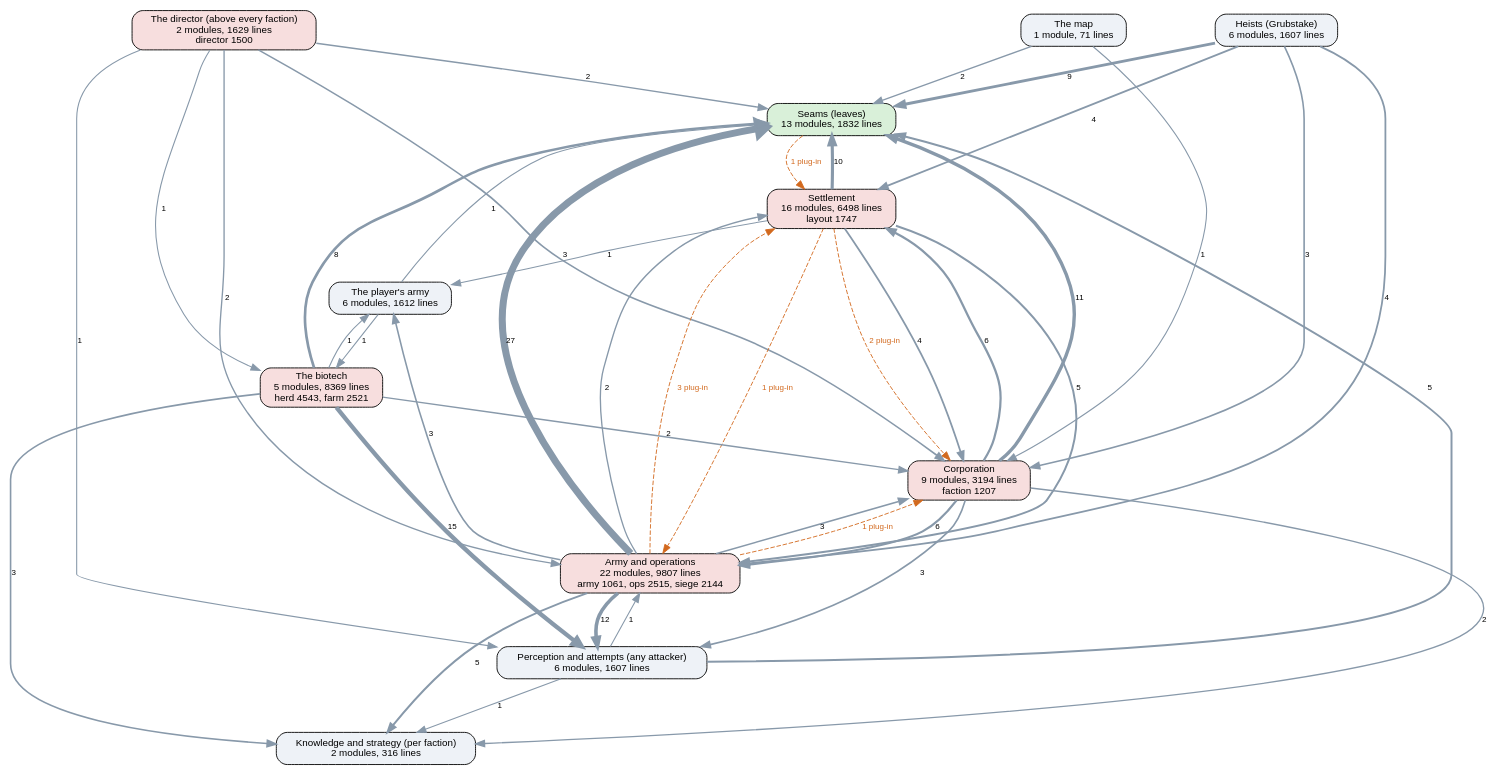
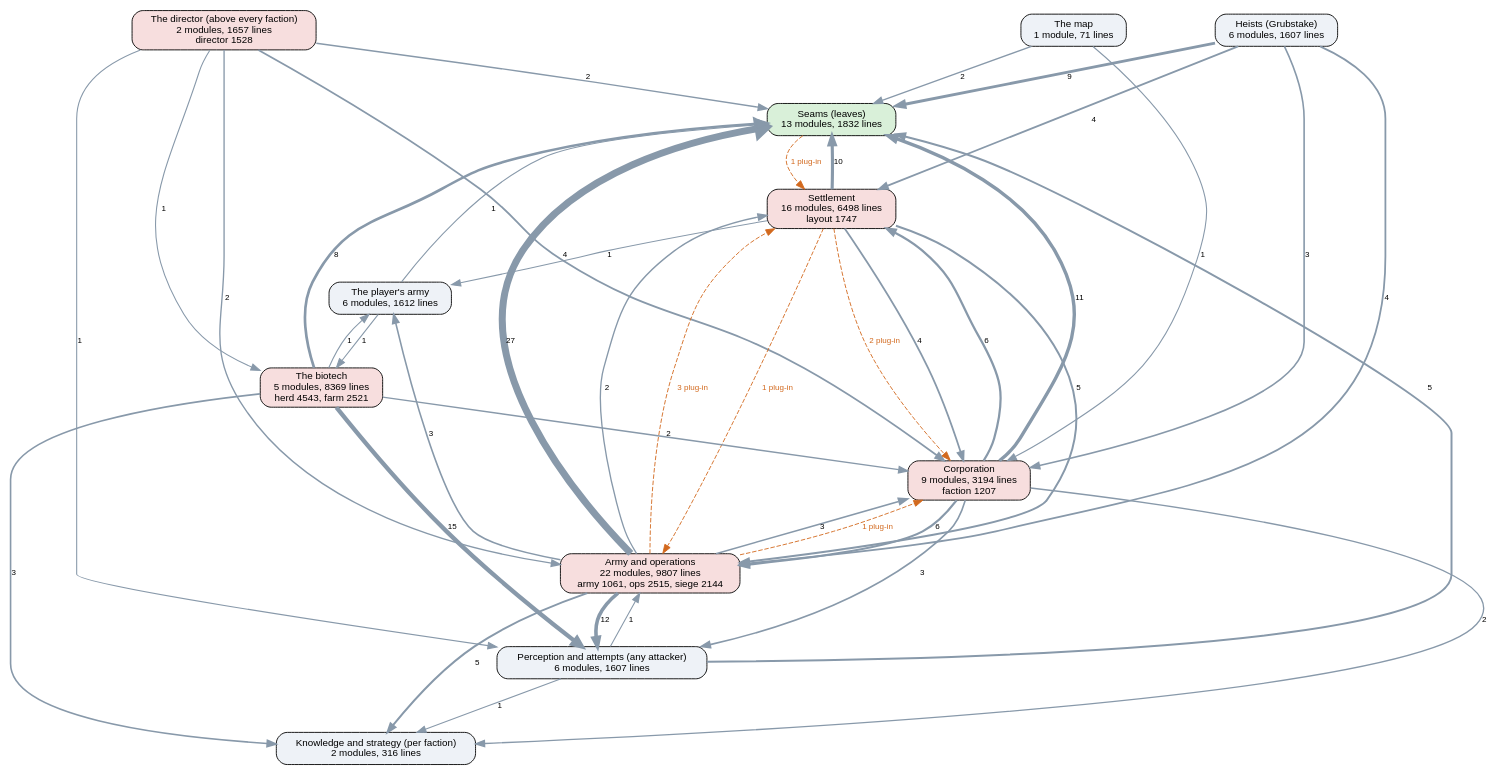
The diagram in docs/ai-layers.dot (kinelhu/landing-party), drawn with Graphviz before and after one commit. The commit also changed 12 other files, not shown here.

First line of the commit message:
The research breakthrough: a director beat, the corporation at war buys its next node at once, its fund untouched, untold. Panel button; scenario director research, seen failing

```diff
--- a/docs/ai-layers.dot
+++ b/docs/ai-layers.dot
@@ -1,57 +1,57 @@
 digraph layers {
   graph [rankdir=TB, fontname="Helvetica", nodesep=0.5, ranksep=0.7];
   node [shape=box, style="rounded,filled", fontname="Helvetica", fontsize=11, fillcolor="#eef2f7"];
   edge [color="#8899aa", fontname="Helvetica", fontsize=9];
   "Seams (leaves)" [label="Seams (leaves)\n13 modules, 1832 lines", fillcolor="#d9f0d9"];
   "Perception and attempts (any attacker)" [label="Perception and attempts (any attacker)\n6 modules, 1607 lines", fillcolor="#eef2f7"];
   "Knowledge and strategy (per faction)" [label="Knowledge and strategy (per faction)\n2 modules, 316 lines", fillcolor="#eef2f7"];
-  "The director (above every faction)" [label="The director (above every faction)\n2 modules, 1629 lines\ndirector 1500", fillcolor="#f7dede"];
+  "The director (above every faction)" [label="The director (above every faction)\n2 modules, 1657 lines\ndirector 1528", fillcolor="#f7dede"];
   "Corporation" [label="Corporation\n9 modules, 3194 lines\nfaction 1207", fillcolor="#f7dede"];
   "Settlement" [label="Settlement\n16 modules, 6498 lines\nlayout 1747", fillcolor="#f7dede"];
   "Army and operations" [label="Army and operations\n22 modules, 9807 lines\narmy 1061, ops 2515, siege 2144", fillcolor="#f7dede"];
   "Heists (Grubstake)" [label="Heists (Grubstake)\n6 modules, 1607 lines", fillcolor="#eef2f7"];
   "The biotech" [label="The biotech\n5 modules, 8369 lines\nherd 4543, farm 2521", fillcolor="#f7dede"];
   "The map" [label="The map\n1 module, 71 lines", fillcolor="#eef2f7"];
   "The player's army" [label="The player's army\n6 modules, 1612 lines", fillcolor="#eef2f7"];
   "Army and operations" -> "Corporation" [label="3", penwidth=1.8];
   "Army and operations" -> "Knowledge and strategy (per faction)" [label="5", penwidth=2.2];
   "Army and operations" -> "Perception and attempts (any attacker)" [label="12", penwidth=4.0];
   "Army and operations" -> "Seams (leaves)" [label="27", penwidth=7.8];
   "Army and operations" -> "Settlement" [label="2", penwidth=1.5];
   "Army and operations" -> "The player's army" [label="3", penwidth=1.8];
   "Corporation" -> "Army and operations" [label="6", penwidth=2.5];
   "Corporation" -> "Knowledge and strategy (per faction)" [label="2", penwidth=1.5];
   "Corporation" -> "Perception and attempts (any attacker)" [label="3", penwidth=1.8];
   "Corporation" -> "Seams (leaves)" [label="11", penwidth=3.8];
   "Corporation" -> "Settlement" [label="6", penwidth=2.5];
   "Heists (Grubstake)" -> "Army and operations" [label="4", penwidth=2.0];
   "Heists (Grubstake)" -> "Corporation" [label="3", penwidth=1.8];
   "Heists (Grubstake)" -> "Seams (leaves)" [label="9", penwidth=3.2];
   "Heists (Grubstake)" -> "Settlement" [label="4", penwidth=2.0];
   "Perception and attempts (any attacker)" -> "Army and operations" [label="1", penwidth=1.2];
   "Perception and attempts (any attacker)" -> "Knowledge and strategy (per faction)" [label="1", penwidth=1.2];
   "Perception and attempts (any attacker)" -> "Seams (leaves)" [label="5", penwidth=2.2];
   "Settlement" -> "Army and operations" [label="5", penwidth=2.2];
   "Settlement" -> "Corporation" [label="4", penwidth=2.0];
   "Settlement" -> "Seams (leaves)" [label="10", penwidth=3.5];
   "Settlement" -> "The player's army" [label="1", penwidth=1.2];
   "The biotech" -> "Corporation" [label="2", penwidth=1.5];
   "The biotech" -> "Knowledge and strategy (per faction)" [label="3", penwidth=1.8];
   "The biotech" -> "Perception and attempts (any attacker)" [label="15", penwidth=4.8];
   "The biotech" -> "Seams (leaves)" [label="8", penwidth=3.0];
   "The biotech" -> "The player's army" [label="1", penwidth=1.2];
   "The director (above every faction)" -> "Army and operations" [label="2", penwidth=1.5];
-  "The director (above every faction)" -> "Corporation" [label="3", penwidth=1.8];
+  "The director (above every faction)" -> "Corporation" [label="4", penwidth=2.0];
   "The director (above every faction)" -> "Perception and attempts (any attacker)" [label="1", penwidth=1.2];
   "The director (above every faction)" -> "Seams (leaves)" [label="2", penwidth=1.5];
   "The director (above every faction)" -> "The biotech" [label="1", penwidth=1.2];
   "The map" -> "Corporation" [label="1", penwidth=1.2];
   "The map" -> "Seams (leaves)" [label="2", penwidth=1.5];
   "The player's army" -> "Seams (leaves)" [label="1", penwidth=1.2];
   "The player's army" -> "The biotech" [label="1", penwidth=1.2];
   "Army and operations" -> "Corporation" [style=dashed, color="#d2691e", fontcolor="#d2691e", label="1 plug-in"];
   "Army and operations" -> "Settlement" [style=dashed, color="#d2691e", fontcolor="#d2691e", label="3 plug-in"];
   "Seams (leaves)" -> "Settlement" [style=dashed, color="#d2691e", fontcolor="#d2691e", label="1 plug-in"];
   "Settlement" -> "Army and operations" [style=dashed, color="#d2691e", fontcolor="#d2691e", label="1 plug-in"];
   "Settlement" -> "Corporation" [style=dashed, color="#d2691e", fontcolor="#d2691e", label="2 plug-in"];
 }
```
